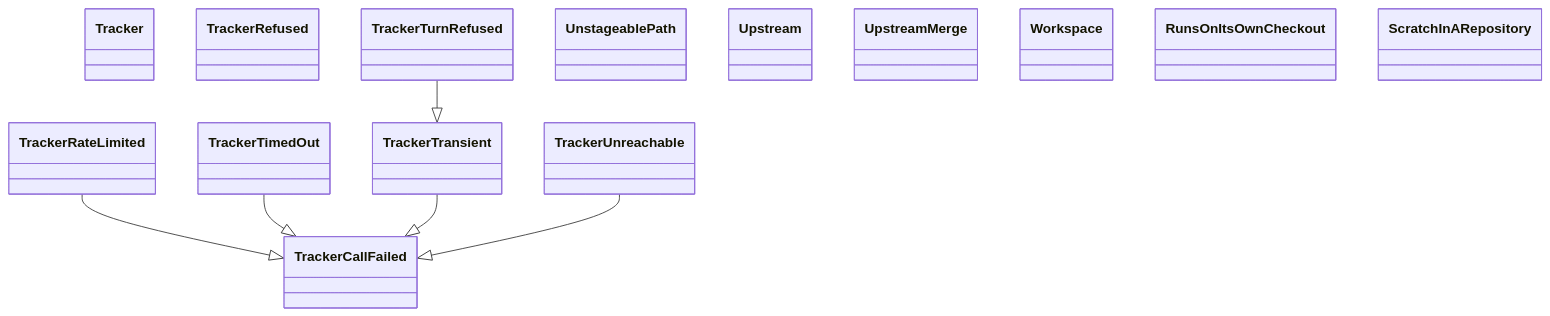
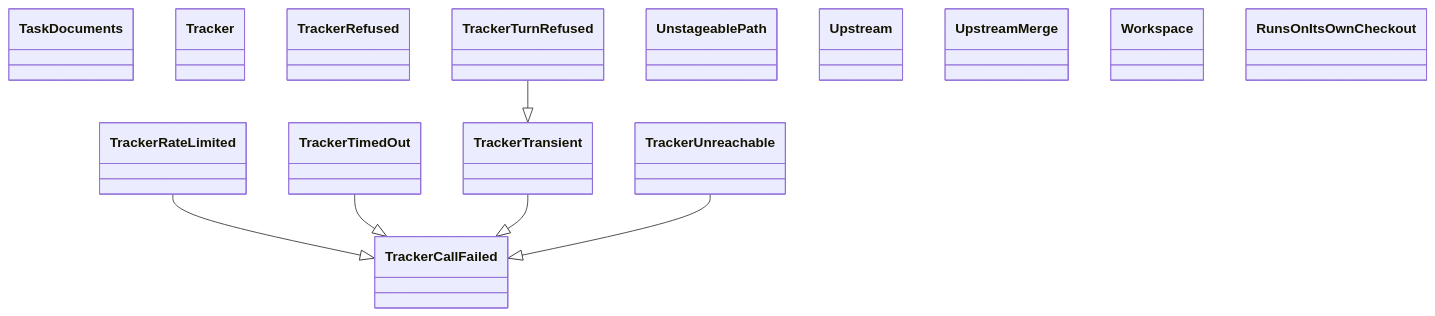
Before and after one commit to GonzaloZevallos/agentic-system: the diagram in docs/architecture/generated/classes-process-application-support-8.md, drawn with Mermaid. The commit also changed other lines of this file and 25 other files, not shown here.

Commit message:
Regenerate the architecture docs for the SMTP adapter

````diff
--- a/docs/architecture/generated/classes-process-application-support-8.md
+++ b/docs/architecture/generated/classes-process-application-support-8.md
@@ -21,22 +21,22 @@
 ```mermaid
 classDiagram
+    class ports__TaskDocuments["TaskDocuments"]
     class ports__Tracker["Tracker"]
     class ports__TrackerCallFailed["TrackerCallFailed"]
     class ports__TrackerRateLimited["TrackerRateLimited"]
     class ports__TrackerRefused["TrackerRefused"]
     class ports__TrackerTimedOut["TrackerTimedOut"]
     class ports__TrackerTransient["TrackerTransient"]
     class ports__TrackerTurnRefused["TrackerTurnRefused"]
     class ports__TrackerUnreachable["TrackerUnreachable"]
     class ports__UnstageablePath["UnstageablePath"]
     class ports__Upstream["Upstream"]
     class ports__UpstreamMerge["UpstreamMerge"]
     class ports__Workspace["Workspace"]
     class preflight__RunsOnItsOwnCheckout["RunsOnItsOwnCheckout"]
-    class preflight__ScratchInARepository["ScratchInARepository"]
     ports__TrackerRateLimited --|> ports__TrackerCallFailed
     ports__TrackerTimedOut --|> ports__TrackerCallFailed
     ports__TrackerTransient --|> ports__TrackerCallFailed
     ports__TrackerTurnRefused --|> ports__TrackerTransient
     ports__TrackerUnreachable --|> ports__TrackerCallFailed
 ```
````
